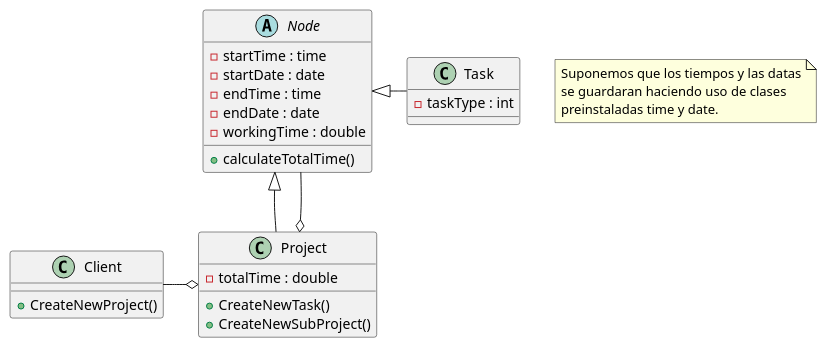
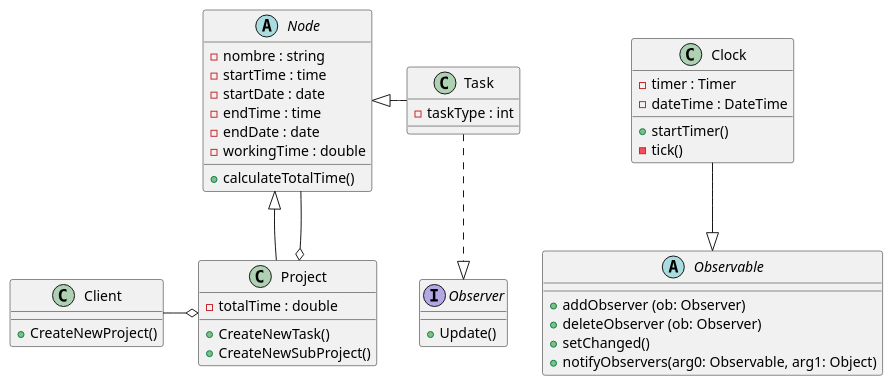
Before and after one commit to MirniWantsSweets/DS-project: the diagram in .idea/Diagrama de clases.puml, drawn with PlantUML.

Commit message:
Diagrama de clases 2.0

```diff
--- a/.idea/Diagrama de clases.puml
+++ b/.idea/Diagrama de clases.puml
@@ -1,39 +1,60 @@
 @startuml
 'https://plantuml.com/class-diagram
 
 abstract class Node
 class Task
 class Client
 class Project
+interface Observer
+abstract class Observable
+class Clock
 
 Node <|- Task
 Node <|-- Project
 Client -o Project
 Project o-- Node
+Clock  --|> Observable
+Task  ..|> Observer
 
 class Project {
     -totalTime : double
     +CreateNewTask()
     +CreateNewSubProject()
 }
 
 abstract class Node {
+    -nombre : string
     -startTime : time
     -startDate : date
     -endTime : time
     -endDate : date
     -workingTime : double
     +calculateTotalTime()
 }
 
 class Task {
     -taskType : int
 }
 
 class Client {
     +CreateNewProject()
 }
+interface Observer{
+    +Update()
 
-note "Suponemos que los tiempos y las datas\nse guardaran haciendo uso de clases\npreinstaladas time y date." as N1
+}
+class Clock{
+    -timer : Timer
+    -dateTime : DateTime
+    +startTimer()
+    -tick()
+}
+
+abstract class Observable{
+    +addObserver (ob: Observer)
+    +deleteObserver (ob: Observer)
+    +setChanged()
+    +notifyObservers(arg0: Observable, arg1: Object)
+}
 
 @enduml
```
